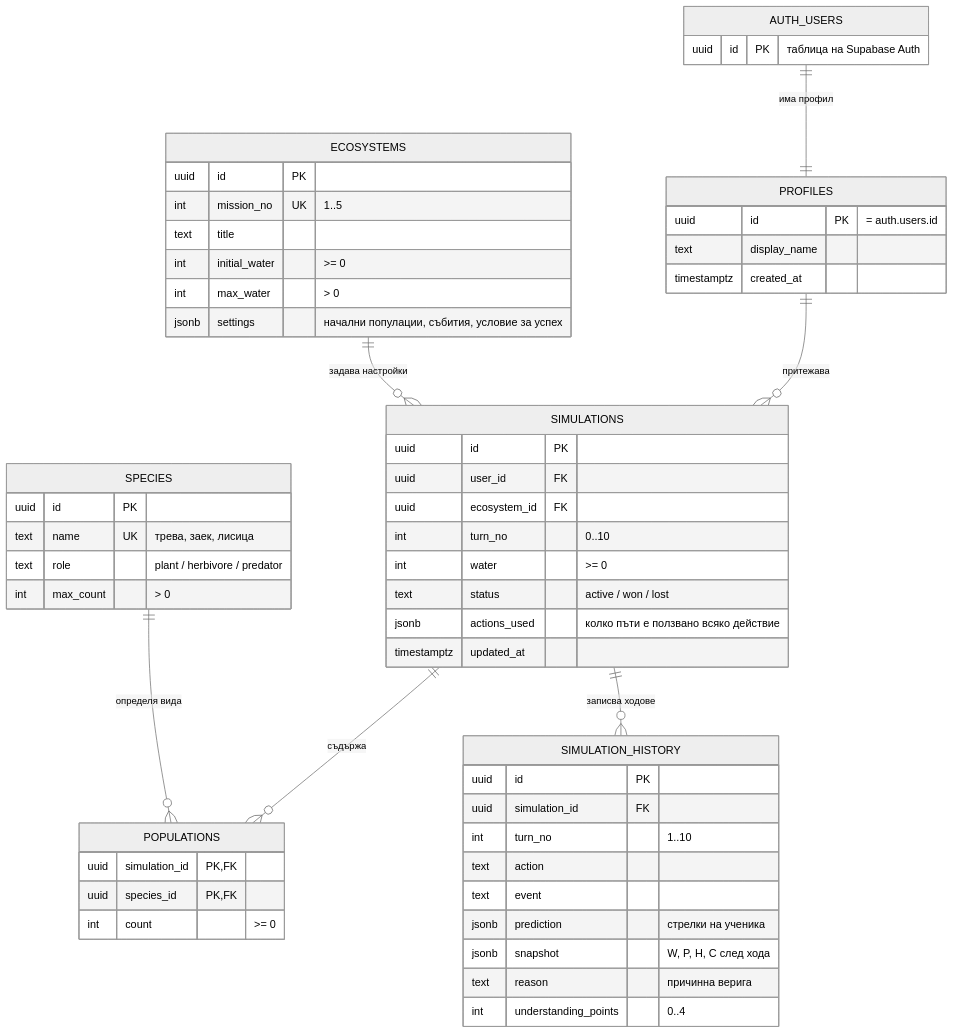
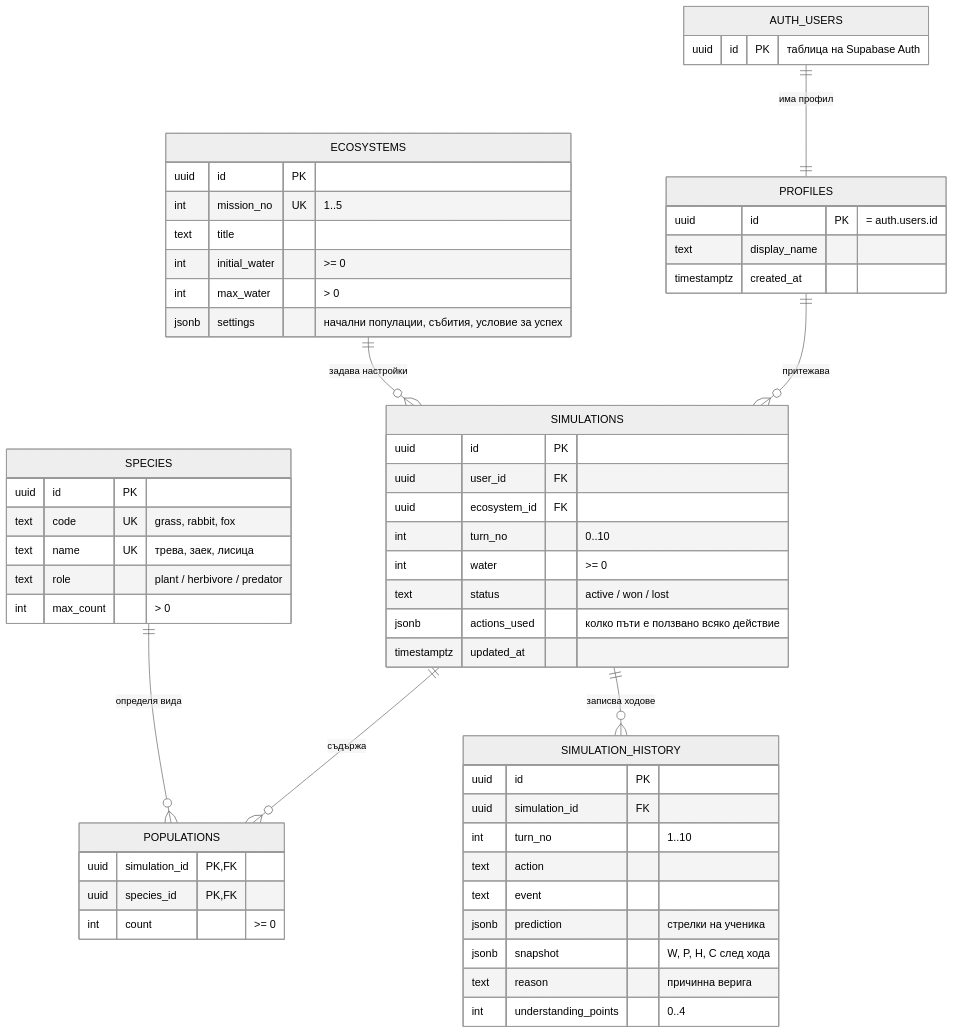
One commit to ilia331/BioWorld changed the diagram in docs/ER_DIAGRAM.md. Above: the diagram before and after it, drawn with Mermaid (neutral theme). The commit also changed other lines of this file and 5 other files, not shown here.

First line of the commit message:
Add database schema, seed data and RLS test (step 4)

````diff
--- a/docs/ER_DIAGRAM.md
+++ b/docs/ER_DIAGRAM.md
@@ -9,58 +15,59 @@
 ```mermaid
 erDiagram
     AUTH_USERS ||--|| PROFILES : "има профил"
     PROFILES ||--o{ SIMULATIONS : "притежава"
     ECOSYSTEMS ||--o{ SIMULATIONS : "задава настройки"
     SIMULATIONS ||--o{ POPULATIONS : "съдържа"
     SPECIES ||--o{ POPULATIONS : "определя вида"
     SIMULATIONS ||--o{ SIMULATION_HISTORY : "записва ходове"
 
     AUTH_USERS {
         uuid id PK "таблица на Supabase Auth"
     }
     PROFILES {
         uuid id PK "= auth.users.id"
         text display_name
         timestamptz created_at
     }
     SPECIES {
         uuid id PK
+        text code UK "grass, rabbit, fox"
         text name UK "трева, заек, лисица"
         text role "plant / herbivore / predator"
         int max_count "> 0"
     }
     ECOSYSTEMS {
         uuid id PK
         int mission_no UK "1..5"
         text title
         int initial_water ">= 0"
         int max_water "> 0"
         jsonb settings "начални популации, събития, условие за успех"
     }
     SIMULATIONS {
         uuid id PK
         uuid user_id FK
         uuid ecosystem_id FK
         int turn_no "0..10"
         int water ">= 0"
         text status "active / won / lost"
         jsonb actions_used "колко пъти е ползвано всяко действие"
         timestamptz updated_at
     }
     POPULATIONS {
         uuid simulation_id PK, FK
         uuid species_id PK, FK
         int count ">= 0"
     }
     SIMULATION_HISTORY {
         uuid id PK
         uuid simulation_id FK
         int turn_no "1..10"
         text action
         text event
         jsonb prediction "стрелки на ученика"
         jsonb snapshot "W, P, H, C след хода"
         text reason "причинна верига"
         int understanding_points "0..4"
     }
 ```
````
